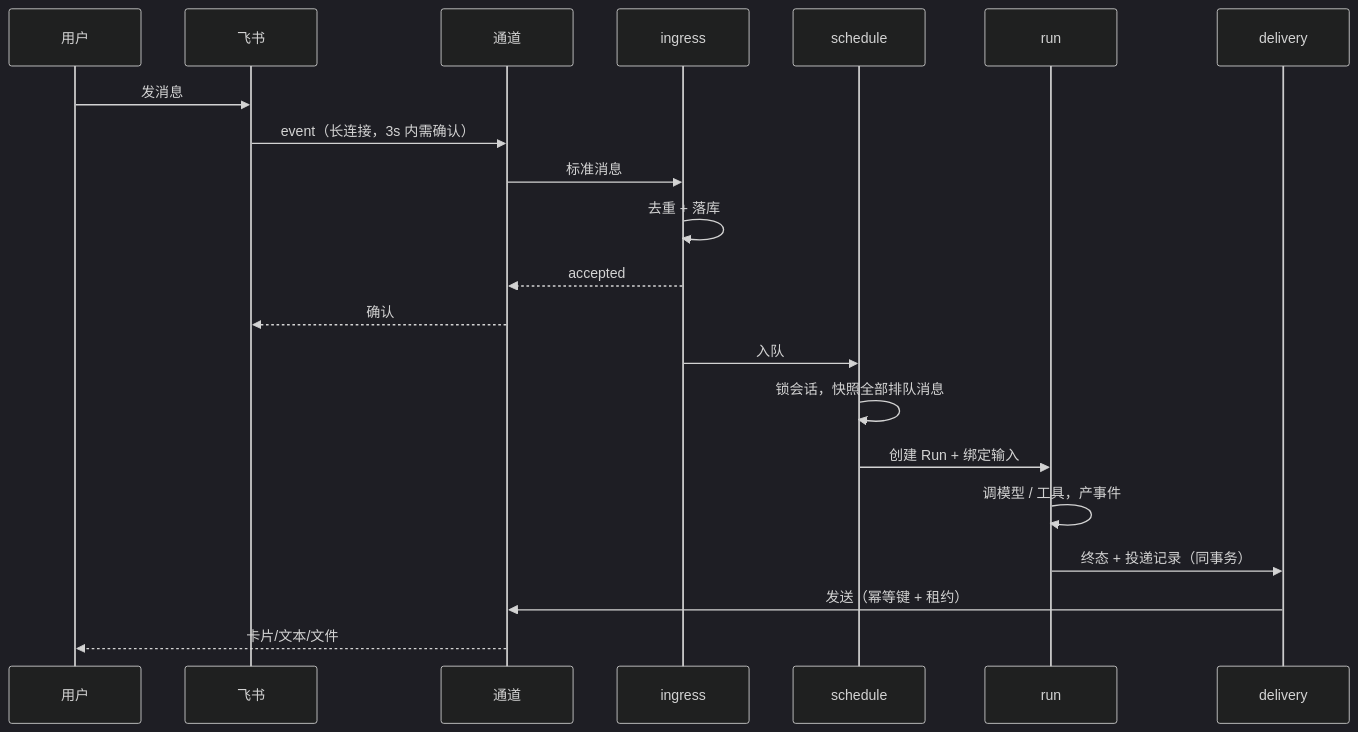
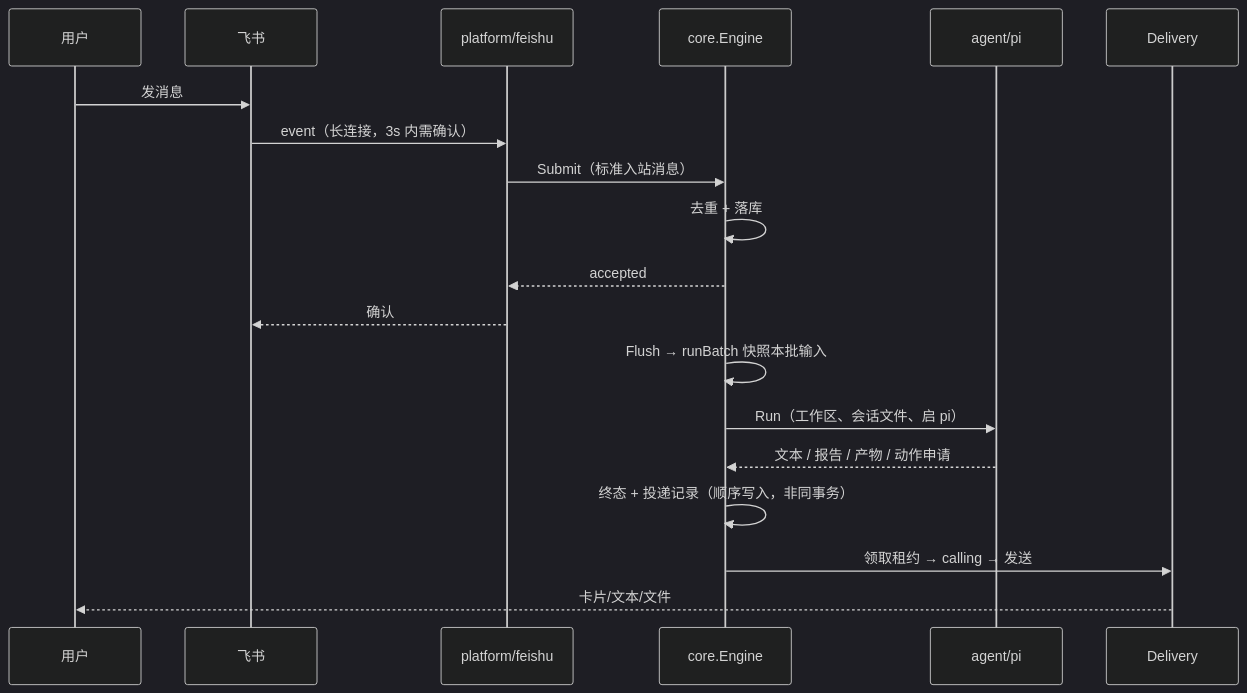
One commit to dongdonglog/Agenthub changed the second of 2 diagrams in docs/architecture.md. Above: the diagram before and after it, drawn with Mermaid (dark theme). The commit also changed other lines of this file and 9 other files, not shown here.

First line of the commit message:
docs: rewrite AGENTS.md, refresh architecture, add repo skills

````diff
--- a/docs/architecture.md
+++ b/docs/architecture.md
@@ -55,24 +68,22 @@
 ```mermaid
 sequenceDiagram
     participant U as 用户
     participant F as 飞书
-    participant C as 通道
-    participant I as ingress
-    participant S as schedule
-    participant R as run
-    participant D as delivery
+    participant C as platform/feishu
+    participant E as core.Engine
+    participant P as agent/pi
+    participant D as Delivery
 
     U->>F: 发消息
     F->>C: event（长连接，3s 内需确认）
-    C->>I: 标准消息
-    I->>I: 去重 + 落库
-    I-->>C: accepted
+    C->>E: Submit（标准入站消息）
+    E->>E: 去重 + 落库
+    E-->>C: accepted
     C-->>F: 确认
-    I->>S: 入队
-    S->>S: 锁会话，快照全部排队消息
-    S->>R: 创建 Run + 绑定输入
-    R->>R: 调模型 / 工具，产事件
-    R->>D: 终态 + 投递记录（同事务）
-    D->>C: 发送（幂等键 + 租约）
-    C-->>U: 卡片/文本/文件
+    E->>E: Flush → runBatch 快照本批输入
+    E->>P: Run（工作区、会话文件、启 pi）
+    P-->>E: 文本 / 报告 / 产物 / 动作申请
+    E->>E: 终态 + 投递记录（顺序写入，非同事务）
+    E->>D: 领取租约 → calling → 发送
+    D-->>U: 卡片/文本/文件
 ```
````
